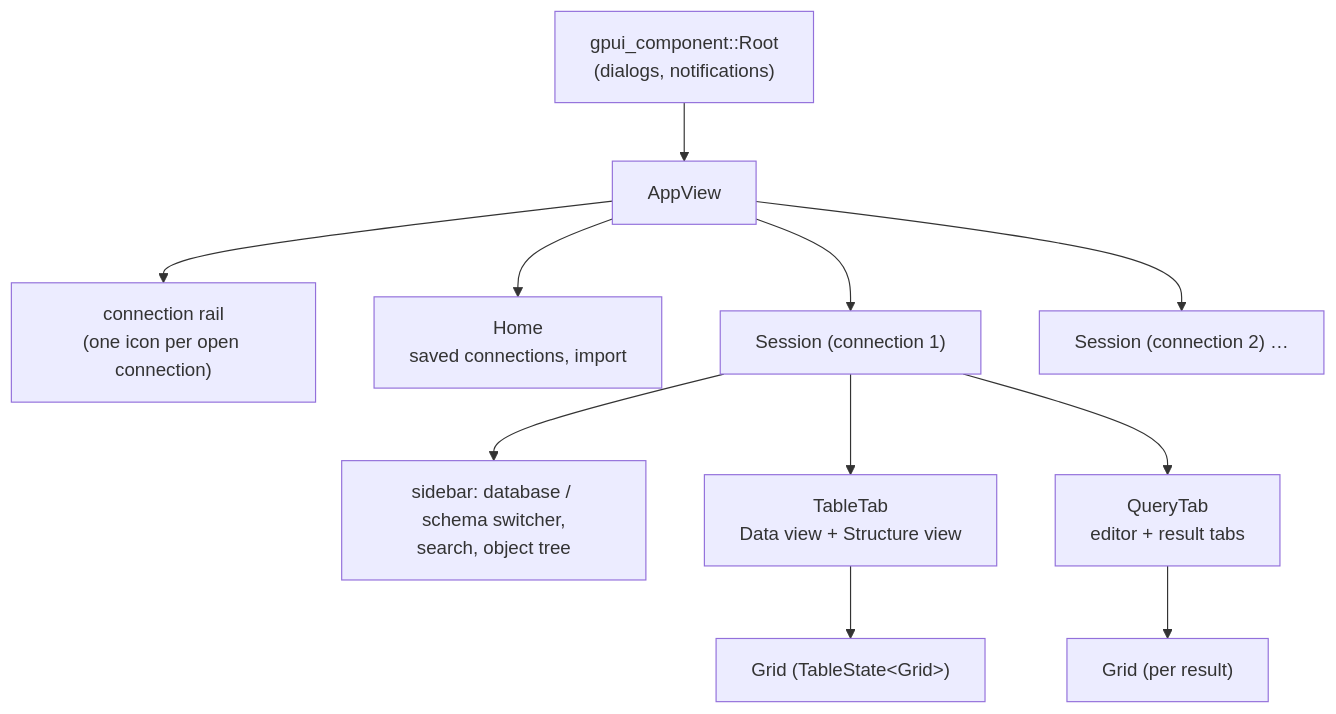
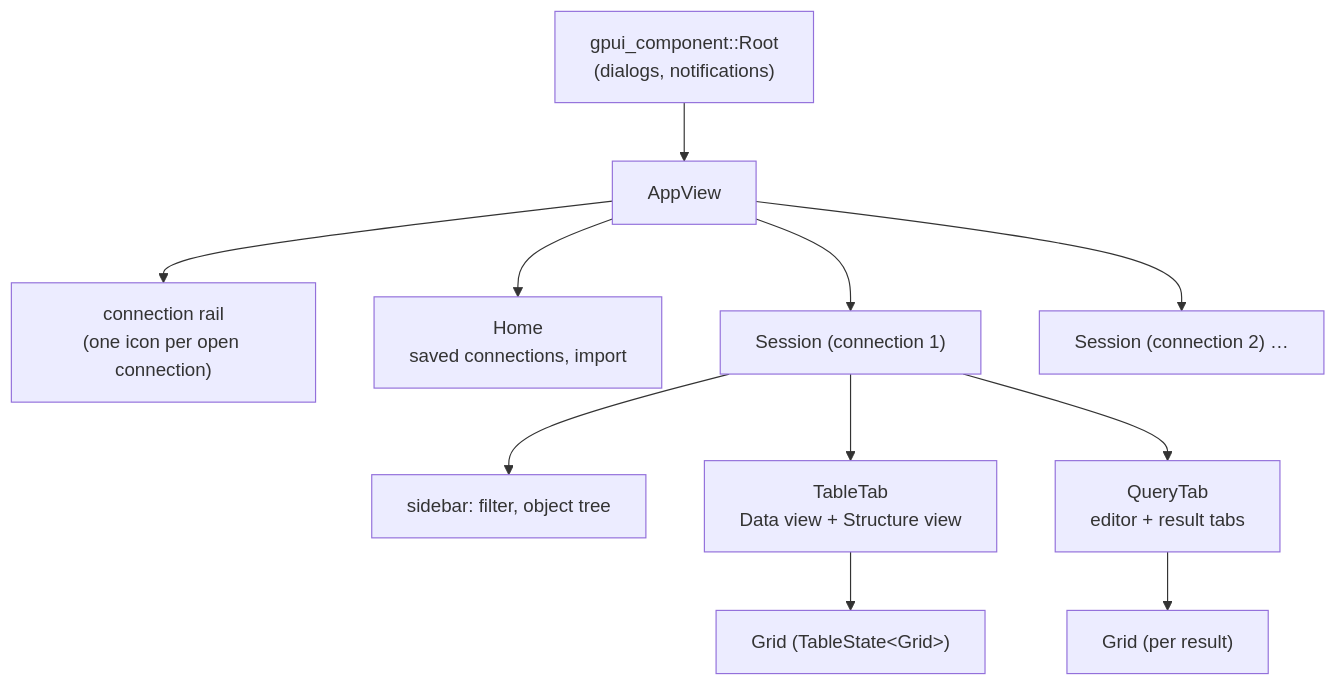
The diagram in docs/architecture/ui.md (bhumit070/tableplus_rs), drawn with Mermaid before and after one commit. The commit also changed other lines of this file and 20 other files, not shown here.

````diff
--- a/docs/architecture/ui.md
+++ b/docs/architecture/ui.md
@@ -26,13 +26,13 @@
 ```mermaid
 flowchart TB
     Root["gpui_component::Root<br/>(dialogs, notifications)"] --> App[AppView]
     App --> Rail["connection rail<br/>(one icon per open connection)"]
     App --> Home["Home<br/>saved connections, import"]
     App --> S1["Session (connection 1)"]
     App --> S2["Session (connection 2) …"]
-    S1 --> Side["sidebar: database / schema switcher,<br/>search, object tree"]
+    S1 --> Side["sidebar: filter, object tree"]
     S1 --> T1["TableTab<br/>Data view + Structure view"]
     S1 --> Q1["QueryTab<br/>editor + result tabs"]
     T1 --> G1["Grid (TableState&lt;Grid&gt;)"]
     Q1 --> G2["Grid (per result)"]
 ```
````
